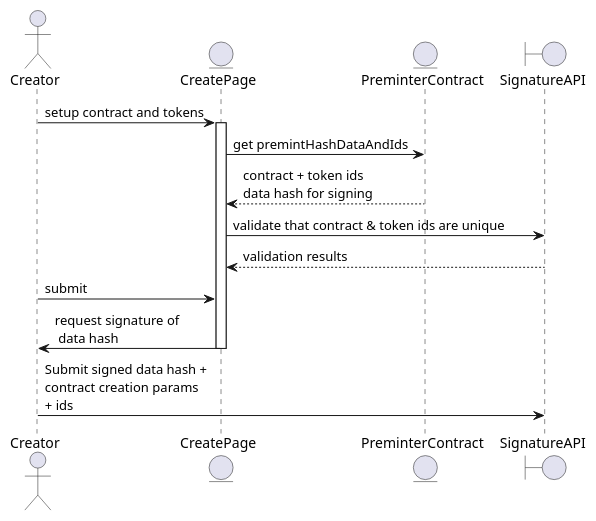
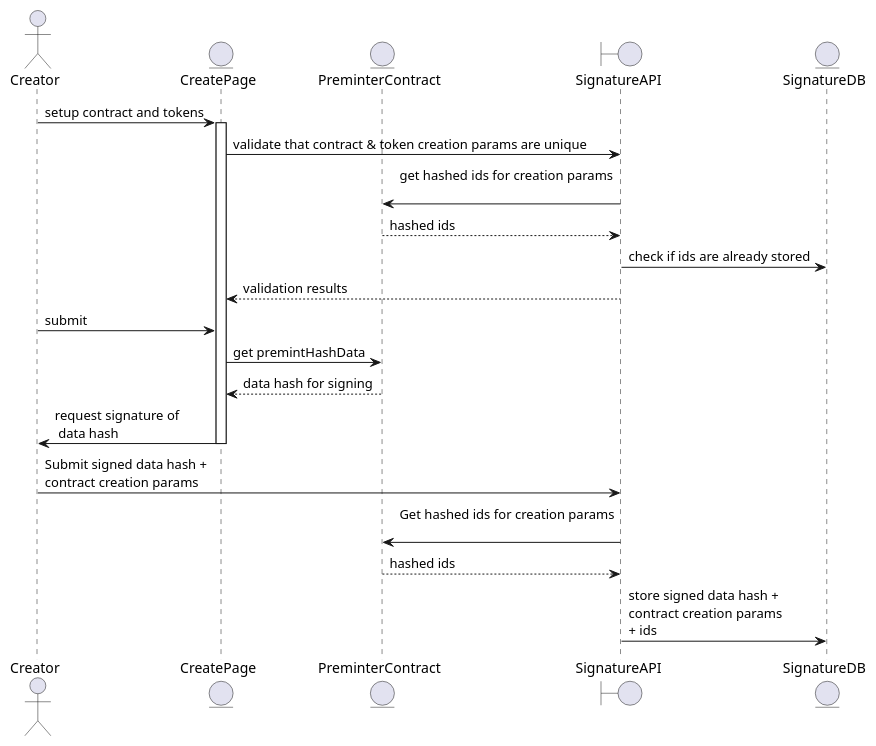
Before and after one commit to ourzora/zora-protocol: the diagram in uml/gasslessCreate-creation.puml, drawn with PlantUML. The commit also changed 1 other file, not shown here.

Commit message:
Have signature api fetch the ids

```diff
--- a/uml/gasslessCreate-creation.puml
+++ b/uml/gasslessCreate-creation.puml
@@ -1,19 +1,26 @@
 @startuml
 actor Creator
 entity CreatePage
 entity PreminterContract
 boundary SignatureAPI
+entity SignatureDB
 
 Creator -> CreatePage: setup contract and tokens
 activate CreatePage
-CreatePage -> PreminterContract: get premintHashDataAndIds
-PreminterContract --> CreatePage: contract + token ids\ndata hash for signing
-CreatePage -> SignatureAPI: validate that contract & token ids are unique
+CreatePage -> SignatureAPI: validate that contract & token creation params are unique
+SignatureAPI -> PreminterContract: get hashed ids for creation params\n
+PreminterContract --> SignatureAPI: hashed ids
+SignatureAPI -> SignatureDB: check if ids are already stored
 SignatureAPI --> CreatePage: validation results
 Creator -> CreatePage: submit
+CreatePage -> PreminterContract: get premintHashData
+PreminterContract --> CreatePage: data hash for signing
 CreatePage -> Creator: request signature of\n data hash
 deactivate CreatePage
-Creator -> SignatureAPI: Submit signed data hash +\ncontract creation params\n+ ids
+Creator -> SignatureAPI: Submit signed data hash +\ncontract creation params
+SignatureAPI -> PreminterContract: Get hashed ids for creation params\n
+PreminterContract --> SignatureAPI: hashed ids
+SignatureAPI -> SignatureDB: store signed data hash +\ncontract creation params\n+ ids
 
 
 @enduml
```
